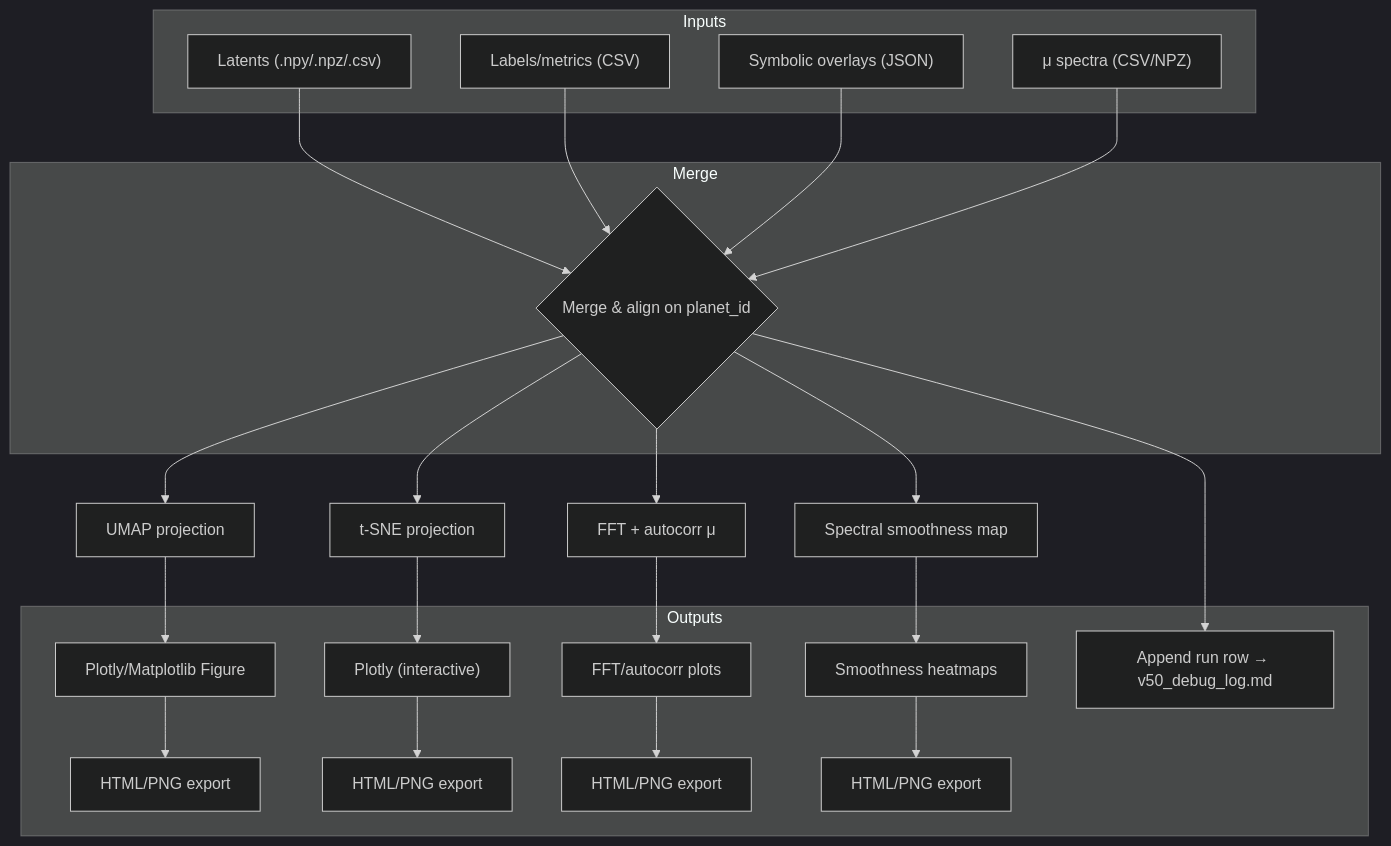
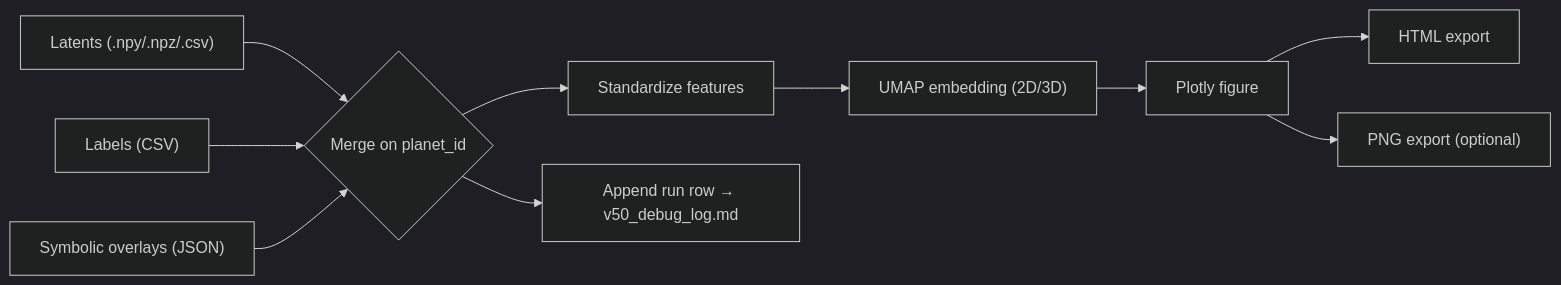
Before and after one commit to bartytime4life/ArielSensorArray: the diagram in src/diagnostics/plot/umap/README.md, drawn with Mermaid (dark theme). The commit also changed other lines of this file, not shown here.

Commit message:
Revise README for UMAP Latent Plotter

````diff
--- a/src/diagnostics/plot/umap/README.md
+++ b/src/diagnostics/plot/umap/README.md
@@ -20,37 +144,16 @@
 ```mermaid
-flowchart TD
-  subgraph Inputs
-    A["Latents (.npy/.npz/.csv)"]
-    B["Labels/metrics (CSV)"]
-    C["Symbolic overlays (JSON)"]
-    D["μ spectra (CSV/NPZ)"]
-  end
+flowchart LR
+  A["Latents (.npy/.npz/.csv)"] --> M{"Merge on planet_id"}
+  B["Labels (CSV)"] --> M
+  S["Symbolic overlays (JSON)"] --> M
 
-  subgraph Merge
-    M{"Merge & align on planet_id"}
-  end
+  M --> D["Standardize features"]
+  D --> U["UMAP embedding (2D/3D)"]
+  U --> F["Plotly figure"]
 
-  A --> M
-  B --> M
-  C --> M
-  D --> M
+  F --> H1["HTML export"]
+  F --> H2["PNG export (optional)"]
 
-  M --> UMAP["UMAP projection"]
-  M --> TSNE["t-SNE projection"]
-  M --> FFT["FFT + autocorr μ"]
-  M --> SMOOTH["Spectral smoothness map"]
-
-  UMAP --> F1["Plotly/Matplotlib Figure"]
-  TSNE --> F2["Plotly (interactive)"]
-  FFT --> F3["FFT/autocorr plots"]
-  SMOOTH --> F4["Smoothness heatmaps"]
-
-  subgraph Outputs
-    F1 --> H1["HTML/PNG export"]
-    F2 --> H2["HTML/PNG export"]
-    F3 --> H3["HTML/PNG export"]
-    F4 --> H4["HTML/PNG export"]
-
-    M --> LOG["Append run row → v50_debug_log.md"]
-  end
+  %% side-effect logging
+  M --> L["Append run row → v50_debug_log.md"]
 ```
````
